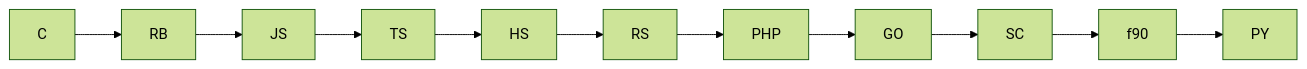
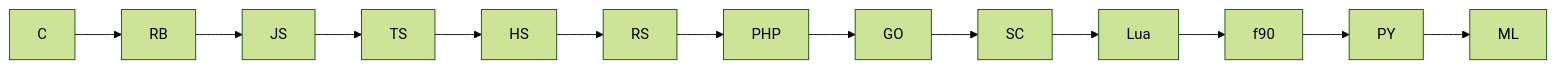
Before and after one commit to plutoniumm/x: the diagram in readme.md, drawn with Mermaid (forest theme). The commit also changed other lines of this file and 4 other files, not shown here.

````diff
--- a/readme.md
+++ b/readme.md
@@ -16,7 +17,8 @@
 ```mermaid
 graph LR
  C --> RB --> JS -->
 TS --> HS --> RS -->
 PHP --> GO --> SC -->
-f90 --> PY
+Lua --> f90 --> PY -->
+ML
 ```
````
